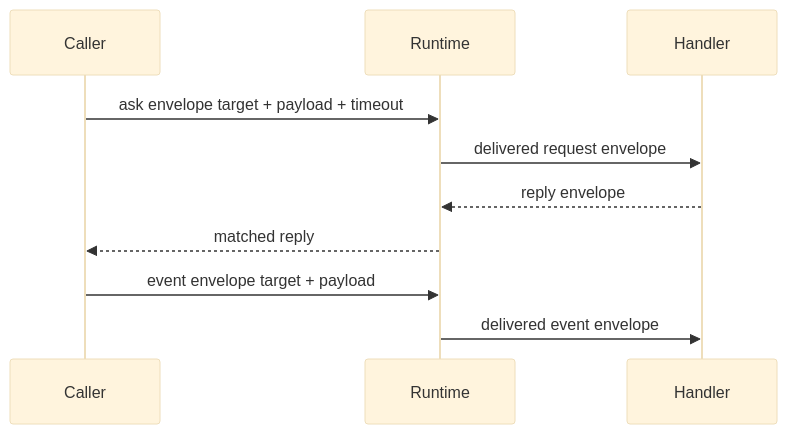
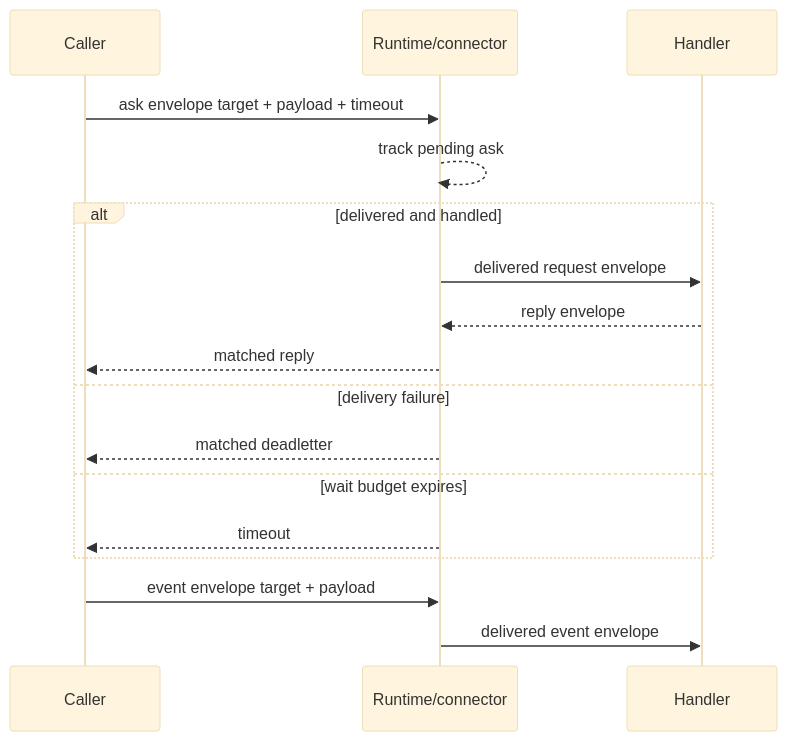
Before and after one commit to phuong-tran/coakka-samples: the third of 4 diagrams in docs/runtime-message-and-routing-model.md, drawn with Mermaid (base theme). The commit also changed other lines of this file and 1 other file, not shown here.

Commit message:
docs: clarify timeout mechanics ownership

````diff
--- a/docs/runtime-message-and-routing-model.md
+++ b/docs/runtime-message-and-routing-model.md
@@ -204,14 +204,21 @@
 ```mermaid
 sequenceDiagram
     participant C as Caller
-    participant R as Runtime
+    participant RC as Runtime/connector
     participant H as Handler
 
-    C->>R: ask envelope target + payload + timeout
-    R->>H: delivered request envelope
-    H-->>R: reply envelope
-    R-->>C: matched reply
+    C->>RC: ask envelope target + payload + timeout
+    RC-->>RC: track pending ask
+    alt delivered and handled
+        RC->>H: delivered request envelope
+        H-->>RC: reply envelope
+        RC-->>C: matched reply
+    else delivery failure
+        RC-->>C: matched deadletter
+    else wait budget expires
+        RC-->>C: timeout
+    end
 
-    C->>R: event envelope target + payload
-    R->>H: delivered event envelope
+    C->>RC: event envelope target + payload
+    RC->>H: delivered event envelope
 ```
````
